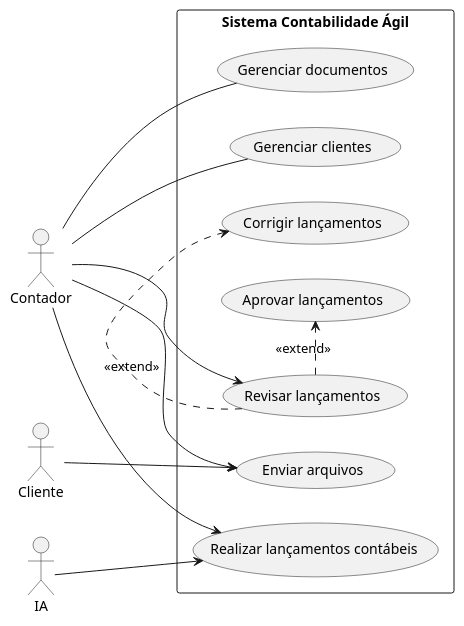
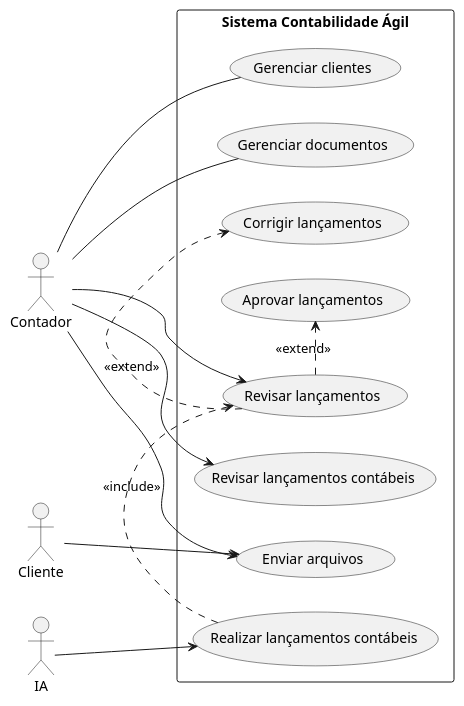
Before and after one commit to Engenharia-de-Software-Fatec/eng-softII-2026: the diagram in docs/diagramas/caso-de-uso.puml, drawn with PlantUML.

Commit message:
Update use case diagram for actors and actions

```diff
--- a/docs/diagramas/caso-de-uso.puml
+++ b/docs/diagramas/caso-de-uso.puml
@@ -1,34 +1,26 @@
 @startuml
 left to right direction
 
 actor Cliente
 actor Contador
 actor IA
 
 rectangle "Sistema Contabilidade Ágil" {
 
-  (Enviar arquivos) as upload
-  (Gerenciar documentos) as documents
-  (Gerenciar clientes) as clients
-  (Realizar lançamentos contábeis) as cont
-  (Revisar lançamentos) as review
-  (Aprovar lançamentos) as approve
-  (Corrigir lançamentos) as rectify
+  Cliente --> (Enviar arquivos)
 
-  Cliente --> upload
+  Contador --> (Enviar arquivos)
+  Contador --> (Revisar lançamentos contábeis)
+  Contador --> (Revisar lançamentos)
+  Contador -- (Gerenciar clientes)
+  Contador -- (Gerenciar documentos)
 
-  Contador --> upload
-  Contador --> cont
-  Contador --> review
-  Contador -- clients
-  Contador -- documents
+  IA --> (Realizar lançamentos contábeis)
 
-  IA --> cont
+  (Revisar lançamentos) .> (Aprovar lançamentos) : <<extend>>
+  (Revisar lançamentos) .> (Corrigir lançamentos) : <<extend>>
 
-  review .> approve : <<extend>>
-  review .> rectify : <<extend>>
-
-  cont .> review : <<include>>
+  (Realizar lançamentos contábeis) .> (Revisar lançamentos) : <<include>>
 }
 
 @enduml
```
